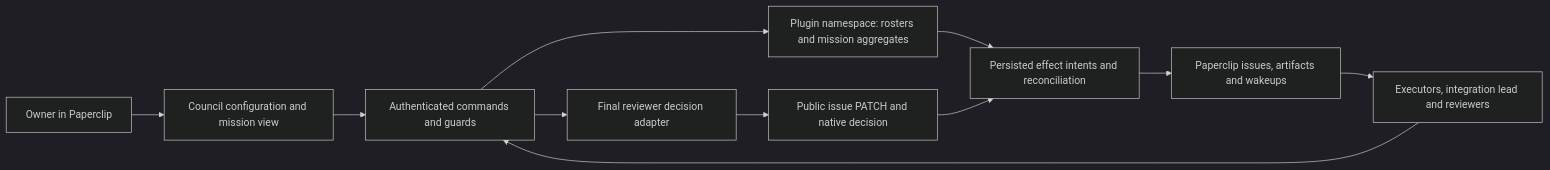
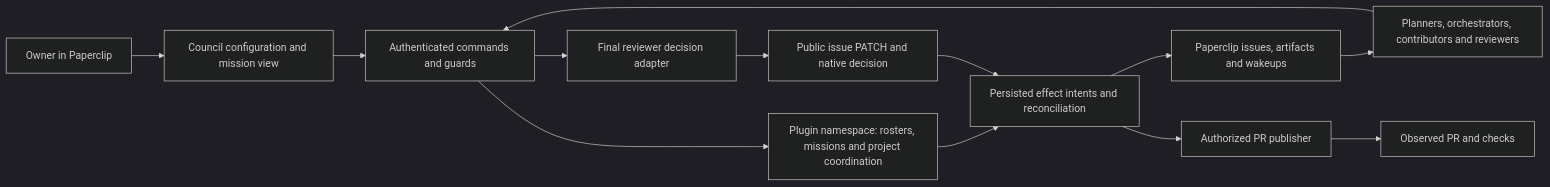
Before and after one commit to ty000/paperclip-council: the diagram in docs/TAD.md, drawn with Mermaid (dark theme). The commit also changed other lines of this file and 7 other files, not shown here.

First line of the commit message:
docs: define implementation orchestration and project coordination (#13)

````diff
--- a/docs/TAD.md
+++ b/docs/TAD.md
@@ -45,13 +49,15 @@
 ```mermaid
 flowchart LR
   Owner[Owner in Paperclip] --> UI[Council configuration and mission view]
   UI --> Commands[Authenticated commands and guards]
-  Commands --> Store[Plugin namespace: rosters and mission aggregates]
+  Commands --> Store[Plugin namespace: rosters, missions and project coordination]
   Store --> Effects[Persisted effect intents and reconciliation]
   Effects --> Native[Paperclip issues, artifacts and wakeups]
-  Native --> Agents[Executors, integration lead and reviewers]
+  Native --> Agents[Planners, orchestrators, contributors and reviewers]
+  Effects --> Publisher[Authorized PR publisher]
+  Publisher --> PR[Observed PR and checks]
   Agents --> Commands
   Commands --> Adapter[Final reviewer decision adapter]
   Adapter --> Patch[Public issue PATCH and native decision]
   Patch --> Effects
 ```
````
